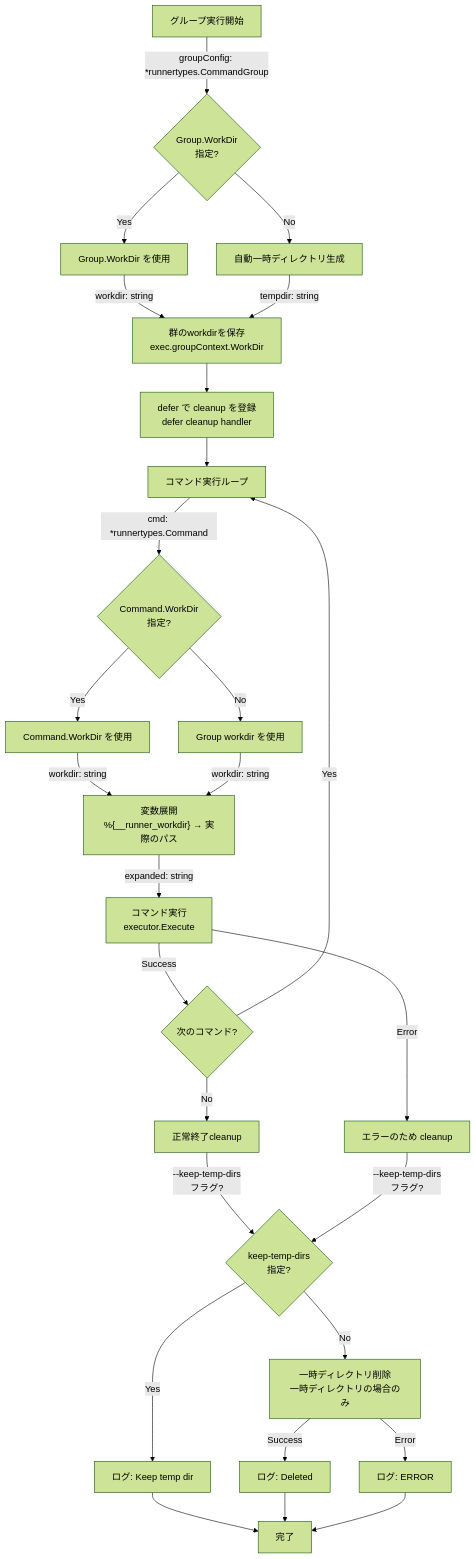
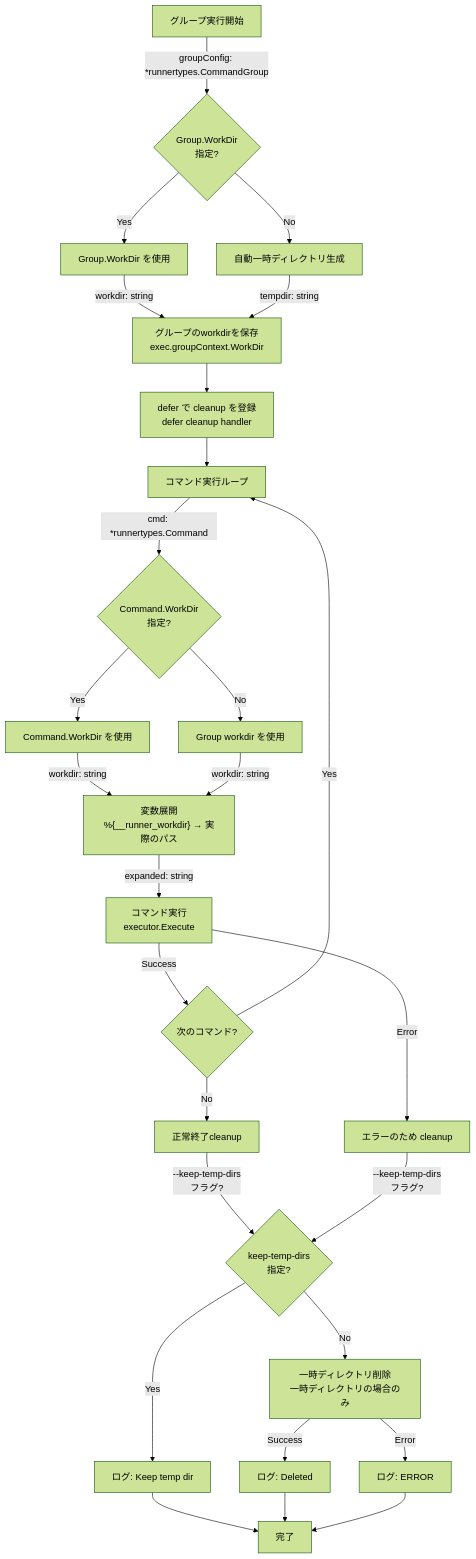
One commit to isseis/go-safe-cmd-runner changed the second of 8 diagrams in docs/tasks/0034_workdir_redesign/02_architecture.md. Above: the diagram before and after it, drawn with Mermaid (forest theme). The commit also changed other lines of this file and 1 other file, not shown here.

````diff
--- a/docs/tasks/0034_workdir_redesign/02_architecture.md
+++ b/docs/tasks/0034_workdir_redesign/02_architecture.md
@@ -125,46 +125,46 @@
 ```mermaid
 flowchart TD
     Start["グループ実行開始"] -->|groupConfig: *runnertypes.CommandGroup| ResolveWorkDir
 
     ResolveWorkDir{"Group.WorkDir<br/>指定?"}
     ResolveWorkDir -->|Yes| UseGroupWorkDir["Group.WorkDir を使用"]
     ResolveWorkDir -->|No| CreateTempDir["自動一時ディレクトリ生成"]
 
-    UseGroupWorkDir -->|workdir: string| StoreWorkDir["群のworkdirを保存<br/>exec.groupContext.WorkDir"]
+    UseGroupWorkDir -->|workdir: string| StoreWorkDir["グループのworkdirを保存<br/>exec.groupContext.WorkDir"]
     CreateTempDir -->|tempdir: string| StoreWorkDir
 
     StoreWorkDir --> InitCleanup["defer で cleanup を登録<br/>defer cleanup handler"]
 
     InitCleanup --> ExecuteCommands["コマンド実行ループ"]
 
     ExecuteCommands -->|cmd: *runnertypes.Command| ResolveCommandWorkDir
 
     ResolveCommandWorkDir{"Command.WorkDir<br/>指定?"}
     ResolveCommandWorkDir -->|Yes| UseCommandWorkDir["Command.WorkDir を使用"]
     ResolveCommandWorkDir -->|No| UseGroupWorkDir2["Group workdir を使用"]
 
     UseCommandWorkDir -->|workdir: string| ExpandVariables
     UseGroupWorkDir2 -->|workdir: string| ExpandVariables
 
     ExpandVariables["変数展開<br/>%{__runner_workdir} → 実際のパス"] -->|expanded: string| ExecuteCommand
 
     ExecuteCommand["コマンド実行<br/>executor.Execute"]
 
     ExecuteCommand -->|Success| NextCommand{次のコマンド?}
     ExecuteCommand -->|Error| CleanupError["エラーのため cleanup"]
 
     NextCommand -->|Yes| ExecuteCommands
     NextCommand -->|No| CleanupSuccess["正常終了cleanup"]
 
     CleanupSuccess -->|--keep-temp-dirs<br/>フラグ?| CheckKeepFlag{keep-temp-dirs<br/>指定?}
     CleanupError -->|--keep-temp-dirs<br/>フラグ?| CheckKeepFlag
 
     CheckKeepFlag -->|Yes| LogKeep["ログ: Keep temp dir"]
     CheckKeepFlag -->|No| DeleteTempDir["一時ディレクトリ削除<br/>一時ディレクトリの場合のみ"]
 
     LogKeep --> End["完了"]
     DeleteTempDir -->|Success| LogDelete["ログ: Deleted"]
     DeleteTempDir -->|Error| LogDeleteError["ログ: ERROR"]
     LogDelete --> End
     LogDeleteError --> End
 ```
````
